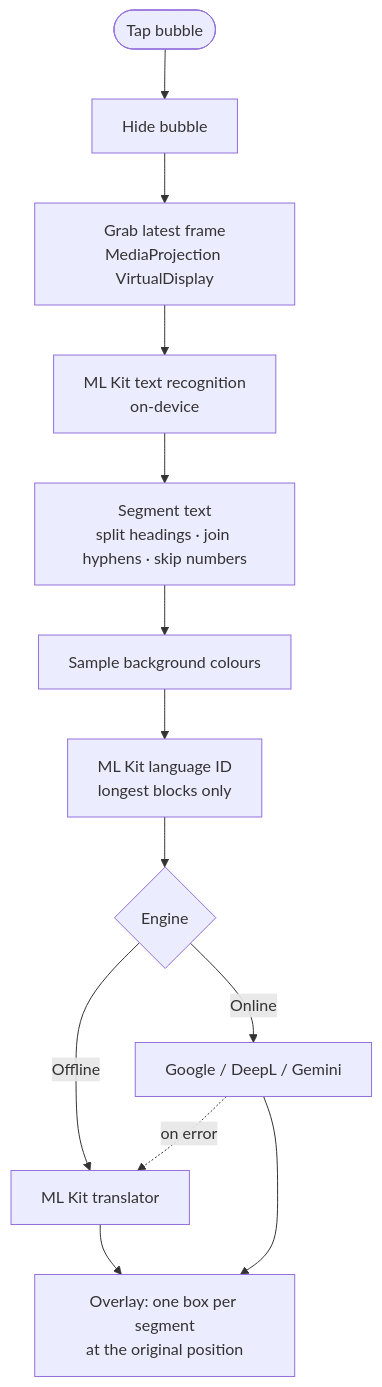
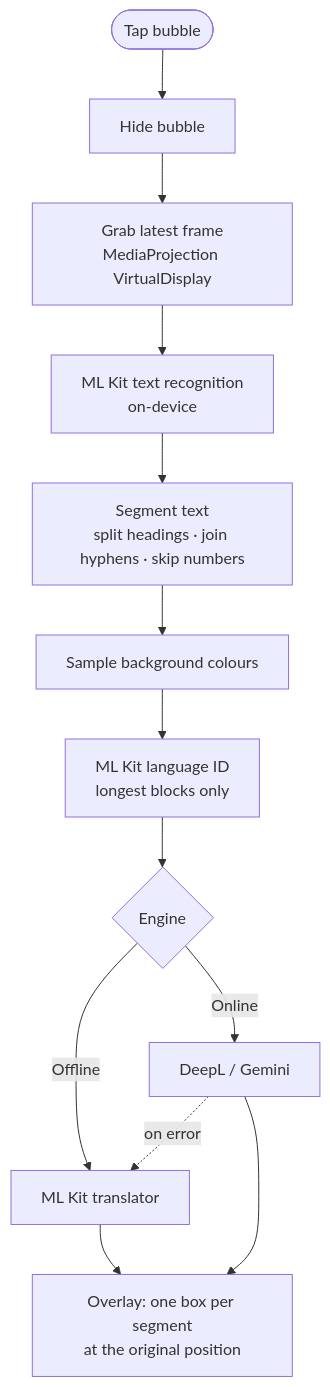
Before and after one commit to Hafij-DEU/live-translate: the diagram in README.md, drawn with Mermaid. The commit also changed other lines of this file and 8 other files, not shown here.

````diff
--- a/README.md
+++ b/README.md
@@ -204,15 +195,15 @@
 ```mermaid
 flowchart TD
     A([Tap bubble]) --> B[Hide bubble]
     B --> C[Grab latest frame<br/>MediaProjection VirtualDisplay]
     C --> D[ML Kit text recognition<br/>on-device]
     D --> E[Segment text<br/>split headings · join hyphens · skip numbers]
     E --> F[Sample background colours]
     F --> G[ML Kit language ID<br/>longest blocks only]
     G --> H{Engine}
     H -->|Offline| I[ML Kit translator]
-    H -->|Online| J[Google / DeepL / Gemini]
+    H -->|Online| J[DeepL / Gemini]
     J -. on error .-> I
     I --> K[Overlay: one box per segment<br/>at the original position]
     J --> K
 ```
````
